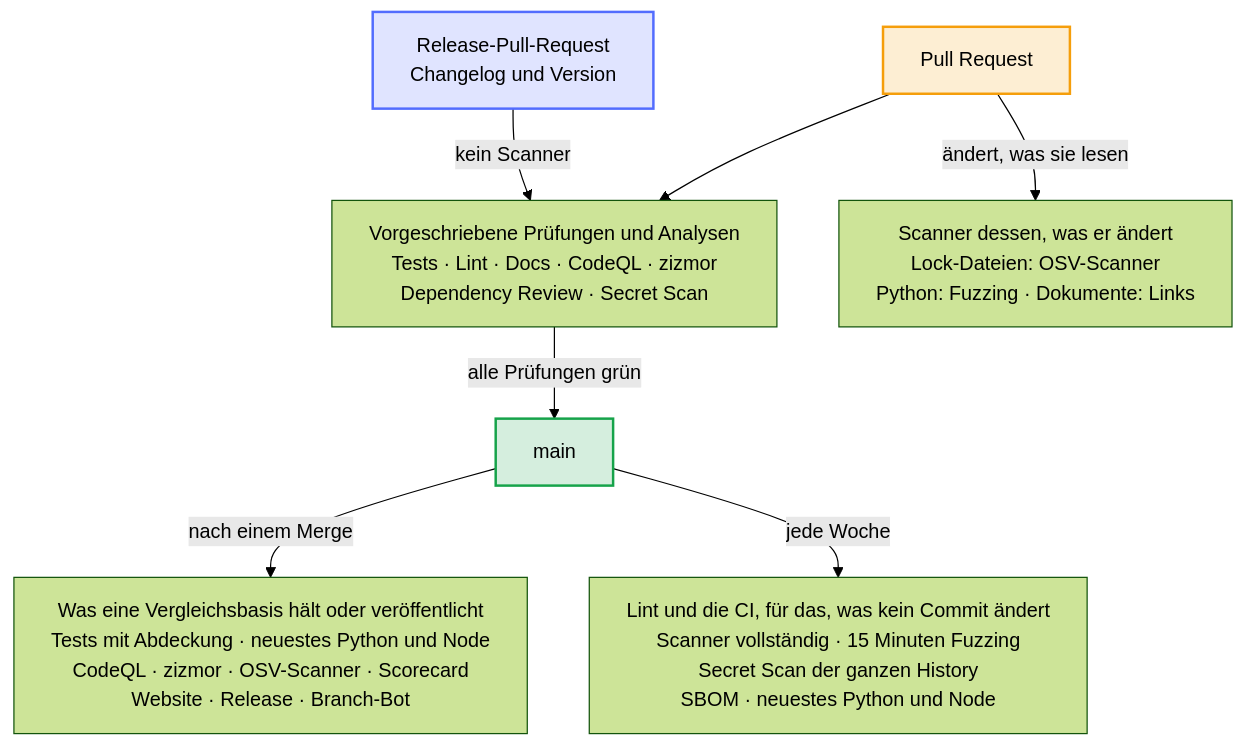
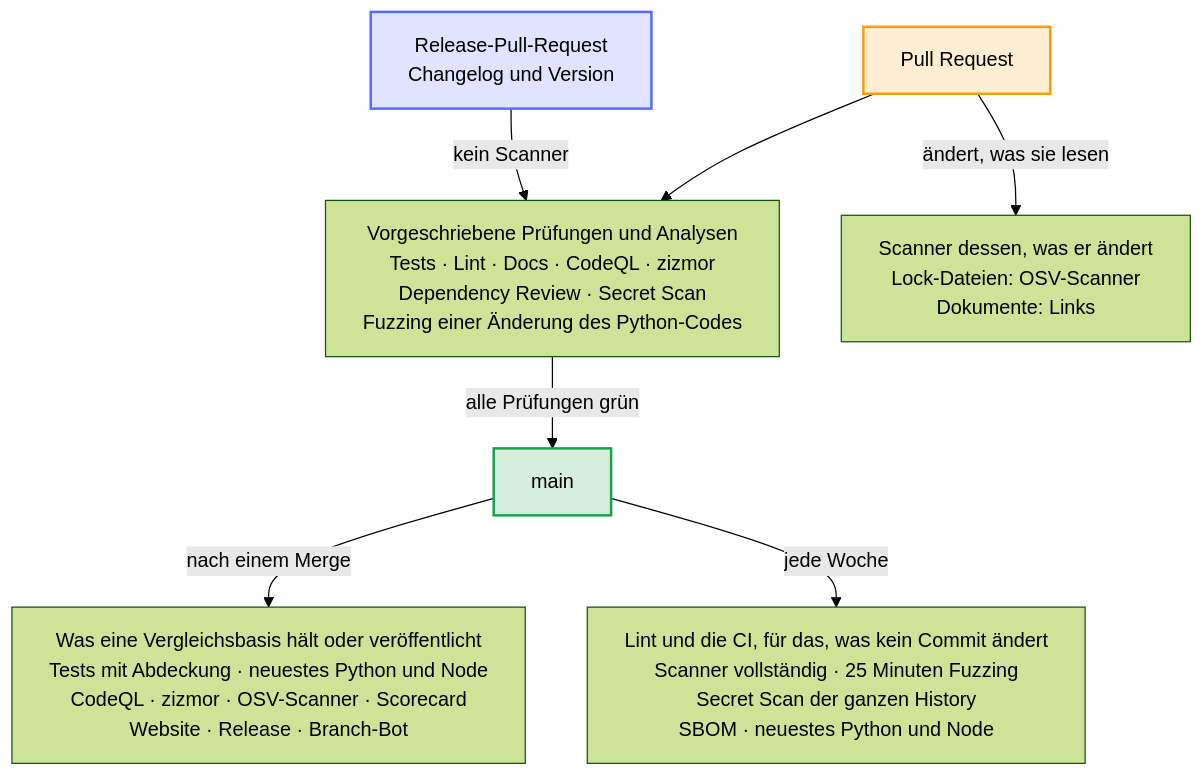
The diagram in docs/diagrams/when-the-checks-run.de.mmd (Dennis-Otto/repo-blueprint), drawn with Mermaid (forest theme) before and after one commit. The commit also changed 21 other files, not shown here.

First line of the commit message:
fix(fuzz): a pull request that changes what the fuzzing reads waits for it (#1076)

```diff
--- a/docs/diagrams/when-the-checks-run.de.mmd
+++ b/docs/diagrams/when-the-checks-run.de.mmd
@@ -1,30 +1,30 @@
 ---
 config:
   flowchart:
     wrappingWidth: 400
 ---
 flowchart TB
     accTitle: Wann die Prüfungen laufen
-    accDescr: Jeder Pull Request führt die vorgeschriebenen Prüfungen und zizmor aus, auf dessen Analyse die Regeln von main warten, und die Scanner dessen, was er ändert: OSV-Scanner für eine Lock-Datei, Fuzzing für Python-Code und die Link-Prüfung für ein Dokument. Der Release-Pull-Request, der nur den Changelog und die Version ändert, führt die vorgeschriebenen Prüfungen und zizmor ohne die Scanner aus. Nach einem Merge führt main nur aus, was eine Vergleichsbasis hält oder veröffentlicht. Jede Woche führt main Lint und die CI aus, für das, was kein Commit ändert, die Scanner vollständig, den Secret Scan der ganzen History, die SBOM und das neueste Python und Node.
+    accDescr: Jeder Pull Request führt die vorgeschriebenen Prüfungen aus, darunter das Fuzzing, das nur eine Änderung des Python-Codes, seiner Ziele oder seiner Werkzeuge fuzzt, und zizmor, auf dessen Analyse die Regeln von main warten, und die Scanner dessen, was er ändert: OSV-Scanner für eine Lock-Datei und die Link-Prüfung für ein Dokument. Der Release-Pull-Request, der nur den Changelog und die Version ändert, führt die vorgeschriebenen Prüfungen und zizmor ohne die Scanner aus. Nach einem Merge führt main nur aus, was eine Vergleichsbasis hält oder veröffentlicht. Jede Woche führt main Lint und die CI aus, für das, was kein Commit ändert, die Scanner vollständig, den Secret Scan der ganzen History, die SBOM und das neueste Python und Node.
 
     pr["Pull Request"]
     rpr["Release-Pull-Request<br>Changelog und Version"]
-    required["Vorgeschriebene Prüfungen und Analysen<br>Tests · Lint · Docs · CodeQL · zizmor<br>Dependency Review · Secret Scan"]
-    scanners["Scanner dessen, was er ändert<br>Lock-Dateien: OSV-Scanner<br>Python: Fuzzing · Dokumente: Links"]
+    required["Vorgeschriebene Prüfungen und Analysen<br>Tests · Lint · Docs · CodeQL · zizmor<br>Dependency Review · Secret Scan<br>Fuzzing einer Änderung des Python-Codes"]
+    scanners["Scanner dessen, was er ändert<br>Lock-Dateien: OSV-Scanner<br>Dokumente: Links"]
     main["main"]
     baseline["Was eine Vergleichsbasis hält oder veröffentlicht<br>Tests mit Abdeckung · neuestes Python und Node<br>CodeQL · zizmor · OSV-Scanner · Scorecard<br>Website · Release · Branch-Bot"]
-    weekly["Lint und die CI, für das, was kein Commit ändert<br>Scanner vollständig · 15 Minuten Fuzzing<br>Secret Scan der ganzen History<br>SBOM · neuestes Python und Node"]
+    weekly["Lint und die CI, für das, was kein Commit ändert<br>Scanner vollständig · 25 Minuten Fuzzing<br>Secret Scan der ganzen History<br>SBOM · neuestes Python und Node"]
 
     pr --> required
     pr -- "ändert, was sie lesen" --> scanners
     rpr -- "kein Scanner" --> required
     required -- "alle Prüfungen grün" --> main
     main -- "nach einem Merge" --> baseline
     main -- "jede Woche" --> weekly
 
     classDef bot fill:#526cfe2e,stroke:#526cfe,stroke-width:2px
     classDef person fill:#f59e0b2e,stroke:#f59e0b,stroke-width:2px
     classDef done fill:#16a34a2e,stroke:#16a34a,stroke-width:2px
     class pr person
     class rpr bot
     class main done
```
